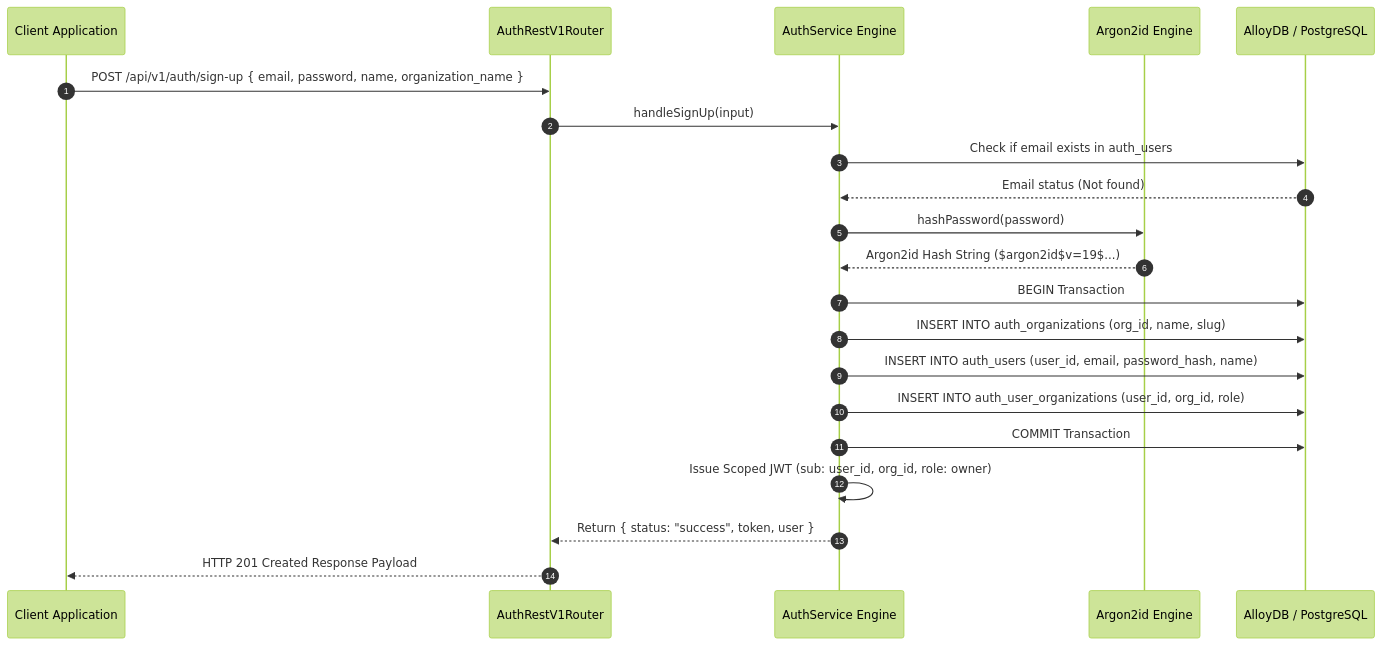
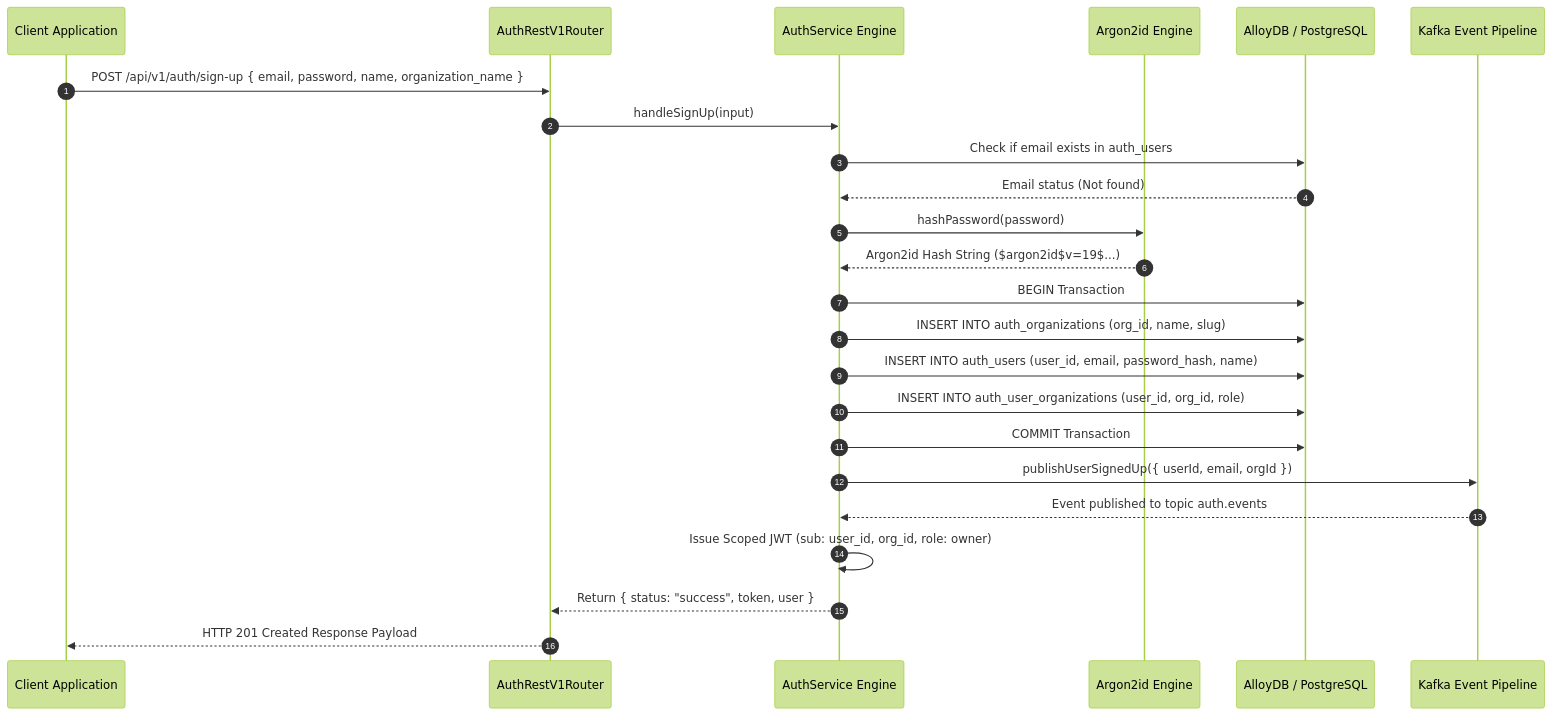
One commit to Chief-Strategist-J/llm-observability-platform changed the second of 3 diagrams in packages/node/auth/adr/0002-authentication-user-registration-and-signin-flow.md. Above: the diagram before and after it, drawn with Mermaid (forest theme). The commit also changed other lines of this file and 2 other files, not shown here.

Commit message:
feat(auth/messaging): wire Kafka AuthEventProducer and AuthEventConsumer into auth lifecycle

````diff
--- a/packages/node/auth/adr/0002-authentication-user-registration-and-signin-flow.md
+++ b/packages/node/auth/adr/0002-authentication-user-registration-and-signin-flow.md
@@ -53,27 +60,31 @@
 ```mermaid
 sequenceDiagram
     autonumber
     participant Client as Client Application
     participant Router as AuthRestV1Router
     participant Service as AuthService Engine
     participant Argon as Argon2id Engine
     participant DB as AlloyDB / PostgreSQL
+    participant Kafka as Kafka Event Pipeline
 
     Client->>Router: POST /api/v1/auth/sign-up { email, password, name, organization_name }
     Router->>Service: handleSignUp(input)
     Service->>DB: Check if email exists in auth_users
     DB-->>Service: Email status (Not found)
 
     Service->>Argon: hashPassword(password)
     Argon-->>Service: Argon2id Hash String ($argon2id$v=19$...)
 
     Service->>DB: BEGIN Transaction
     Service->>DB: INSERT INTO auth_organizations (org_id, name, slug)
     Service->>DB: INSERT INTO auth_users (user_id, email, password_hash, name)
     Service->>DB: INSERT INTO auth_user_organizations (user_id, org_id, role)
     Service->>DB: COMMIT Transaction
 
+    Service->>Kafka: publishUserSignedUp({ userId, email, orgId })
+    Kafka-->>Service: Event published to topic auth.events
+
     Service->>Service: Issue Scoped JWT (sub: user_id, org_id, role: owner)
     Service-->>Router: Return { status: "success", token, user }
     Router-->>Client: HTTP 201 Created Response Payload
 ```
````
